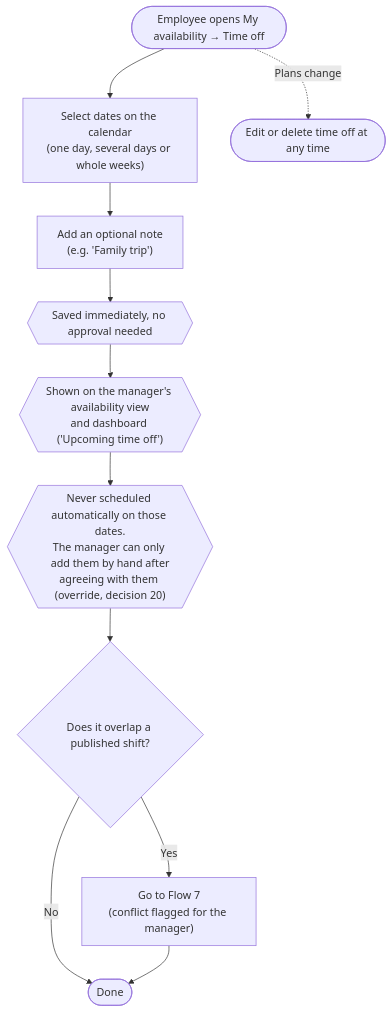
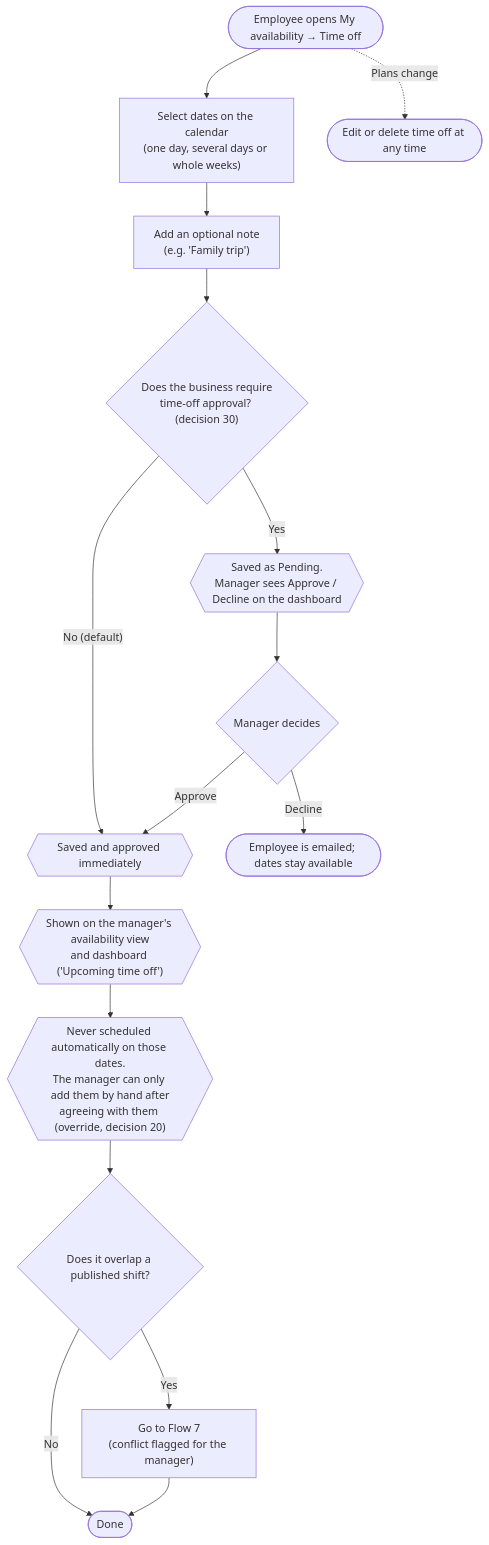
The fourth of 8 diagrams in docs/user-flows.md (DebbieP20/teamvory), drawn with Mermaid before and after one commit. The commit also changed other lines of this file and 7 other files, not shown here.

First line of the commit message:
Plan: optional availability deadline and time-off approval (decisions 29, 30)

````diff
--- a/docs/user-flows.md
+++ b/docs/user-flows.md
@@ -106,13 +108,18 @@
 ```mermaid
 flowchart TD
     S(["Employee opens My availability → Time off"]) --> CAL["Select dates on the calendar<br/>(one day, several days or whole weeks)"]
     CAL --> NOTE["Add an optional note<br/>(e.g. 'Family trip')"]
-    NOTE --> SV{{"Saved immediately, no approval needed"}}
+    NOTE --> AP{"Does the business require<br/>time-off approval? (decision 30)"}
+    AP -->|"No (default)"| SV{{"Saved and approved immediately"}}
+    AP -->|Yes| PEND{{"Saved as Pending.<br/>Manager sees Approve / Decline on the dashboard"}}
+    PEND --> DEC{"Manager decides"}
+    DEC -->|Approve| SV
+    DEC -->|Decline| DECL(["Employee is emailed; dates stay available"])
     SV --> SHOW{{"Shown on the manager's availability view<br/>and dashboard ('Upcoming time off')"}}
     SHOW --> EX{{"Never scheduled automatically on those dates.<br/>The manager can only add them by hand after<br/>agreeing with them (override, decision 20)"}}
     EX --> PQ{"Does it overlap a published shift?"}
     PQ -->|No| E(["Done"])
     PQ -->|Yes| CF["Go to Flow 7<br/>(conflict flagged for the manager)"]
     CF --> E
     S -.->|Plans change| ED(["Edit or delete time off at any time"])
 ```
````
